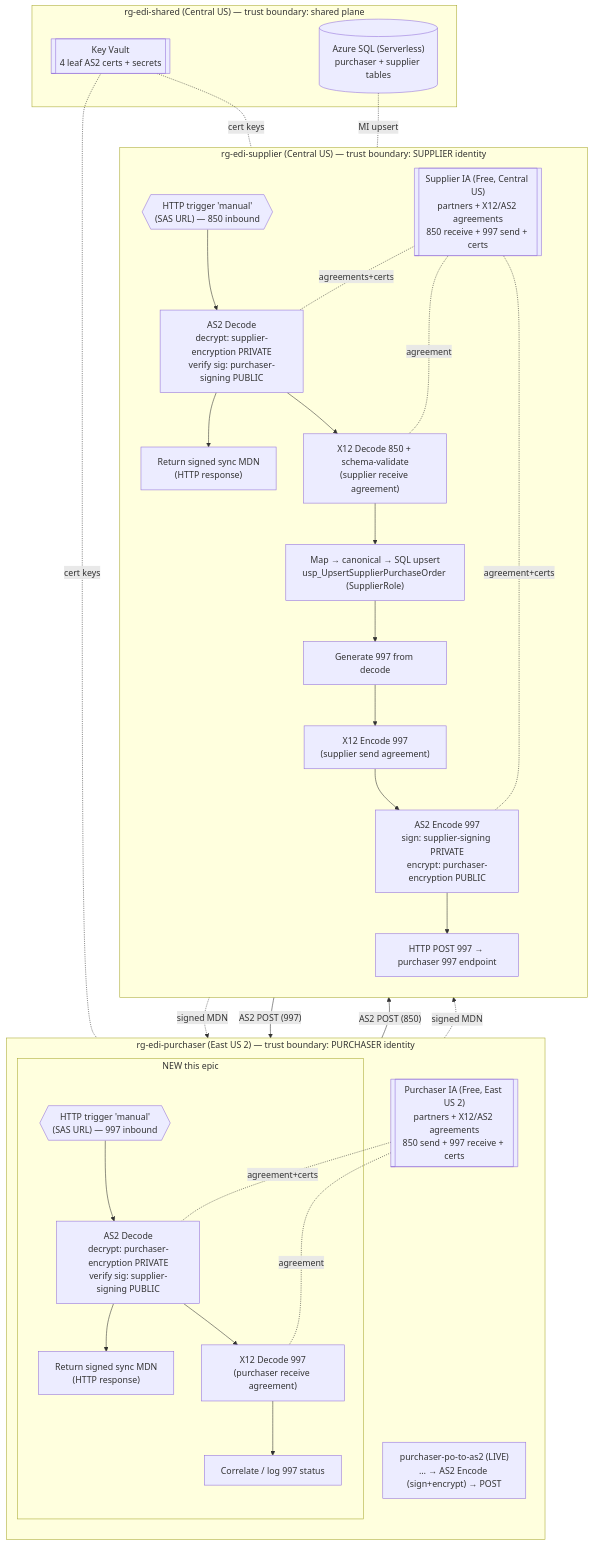
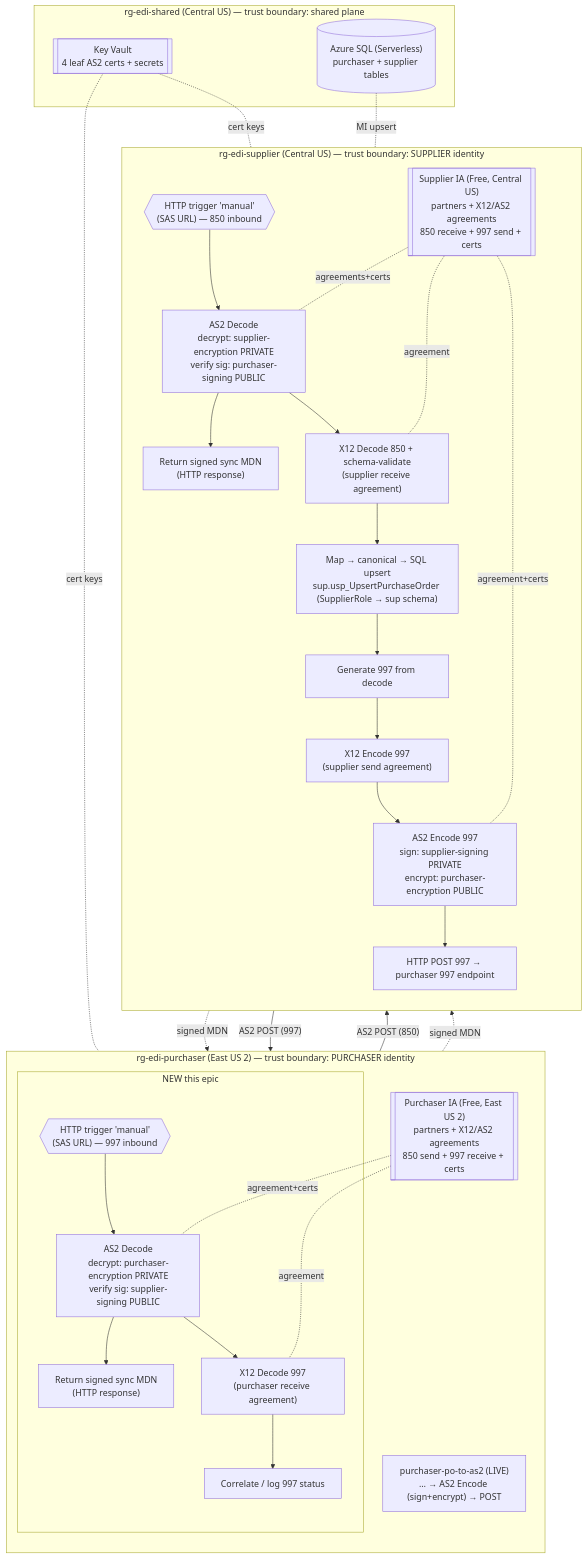
The first of 2 diagrams in docs/supplier-workflow-epic-design.md (christopherhouse/Azure-Logic-Apps-X12-AS2-Demo), drawn with Mermaid before and after one commit. The commit also changed other lines of this file, not shown here.

First line of the commit message:
docs: reconcile supplier epic design to built truth (final review)

````diff
--- a/docs/supplier-workflow-epic-design.md
+++ b/docs/supplier-workflow-epic-design.md
@@ -43,50 +43,50 @@
 ```mermaid
 flowchart TD
     subgraph SHARED["rg-edi-shared (Central US) — trust boundary: shared plane"]
         KV[["Key Vault<br/>4 leaf AS2 certs + secrets"]]
         SQL[("Azure SQL (Serverless)<br/>purchaser + supplier tables")]
     end
 
     subgraph PUR["rg-edi-purchaser (East US 2) — trust boundary: PURCHASER identity"]
         direction TB
         PSEND["purchaser-po-to-as2 (LIVE)<br/>… → AS2 Encode (sign+encrypt) → POST"]
         subgraph PNEW["NEW this epic"]
             PRTRIG{{"HTTP trigger 'manual'<br/>(SAS URL) — 997 inbound"}}
             PADEC["AS2 Decode<br/>decrypt: purchaser-encryption PRIVATE<br/>verify sig: supplier-signing PUBLIC"]
             PMDN["Return signed sync MDN<br/>(HTTP response)"]
             PXDEC["X12 Decode 997<br/>(purchaser receive agreement)"]
             PDONE["Correlate / log 997 status"]
         end
         IAP[["Purchaser IA (Free, East US 2)<br/>partners + X12/AS2 agreements<br/>850 send + 997 receive + certs"]]
     end
 
     subgraph SUP["rg-edi-supplier (Central US) — trust boundary: SUPPLIER identity"]
         direction TB
         STRIG{{"HTTP trigger 'manual'<br/>(SAS URL) — 850 inbound"}}
         SADEC["AS2 Decode<br/>decrypt: supplier-encryption PRIVATE<br/>verify sig: purchaser-signing PUBLIC"]
         SMDN["Return signed sync MDN<br/>(HTTP response)"]
         SXDEC["X12 Decode 850 + schema-validate<br/>(supplier receive agreement)"]
-        SPERSIST["Map → canonical → SQL upsert<br/>usp_UpsertSupplierPurchaseOrder (SupplierRole)"]
+        SPERSIST["Map → canonical → SQL upsert<br/>sup.usp_UpsertPurchaseOrder (SupplierRole → sup schema)"]
         S997["Generate 997 from decode"]
         SXENC["X12 Encode 997<br/>(supplier send agreement)"]
         SAENC["AS2 Encode 997<br/>sign: supplier-signing PRIVATE<br/>encrypt: purchaser-encryption PUBLIC"]
         SPOST["HTTP POST 997 → purchaser 997 endpoint"]
         IAS[["Supplier IA (Free, Central US)<br/>partners + X12/AS2 agreements<br/>850 receive + 997 send + certs"]]
     end
 
     PSEND -->|"AS2 POST (850)"| STRIG --> SADEC --> SMDN
     SADEC -. signed MDN .-> PSEND
     SADEC --> SXDEC --> SPERSIST --> S997 --> SXENC --> SAENC --> SPOST
     SPOST -->|"AS2 POST (997)"| PRTRIG --> PADEC --> PMDN
     PADEC -. signed MDN .-> SPOST
     PADEC --> PXDEC --> PDONE
 
     KV -. cert keys .- IAS
     KV -. cert keys .- IAP
     IAS -. agreements+certs .- SADEC
     IAS -. agreement .- SXDEC
     IAS -. agreement+certs .- SAENC
     IAP -. agreement+certs .- PADEC
     IAP -. agreement .- PXDEC
     SQL -. MI upsert .- SPERSIST
 ```
````
